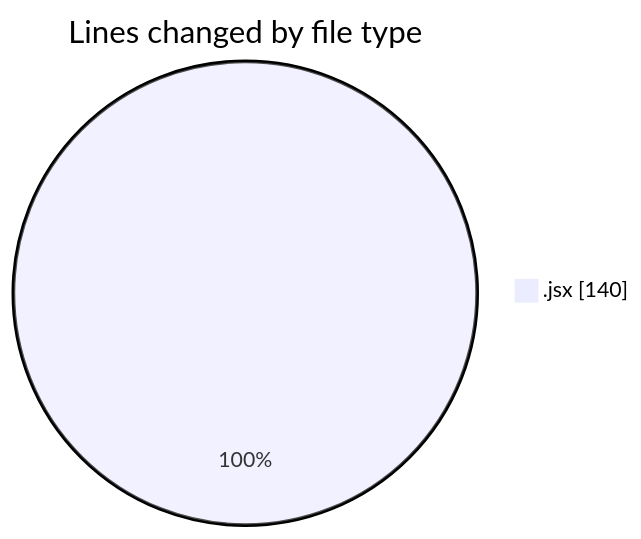
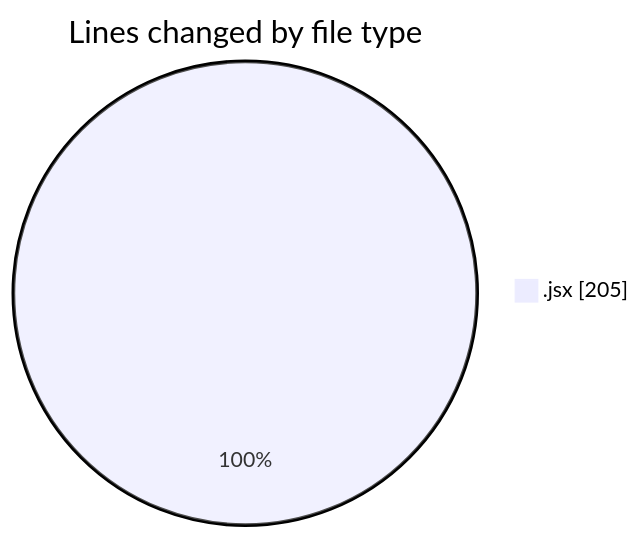
Before and after one commit to nxtqubesakshisongat/code-tracking: the first of 2 diagrams in 2025-07-11/argos/README.md, drawn with Mermaid. The commit also changed other lines of this file and 1 other file, not shown here.

````diff
--- a/2025-07-11/argos/README.md
+++ b/2025-07-11/argos/README.md
@@ -20,5 +21,5 @@
 ```mermaid
 pie showData
 title Lines changed by file type
-".jsx" : 140
+".jsx" : 205
 ```
````
